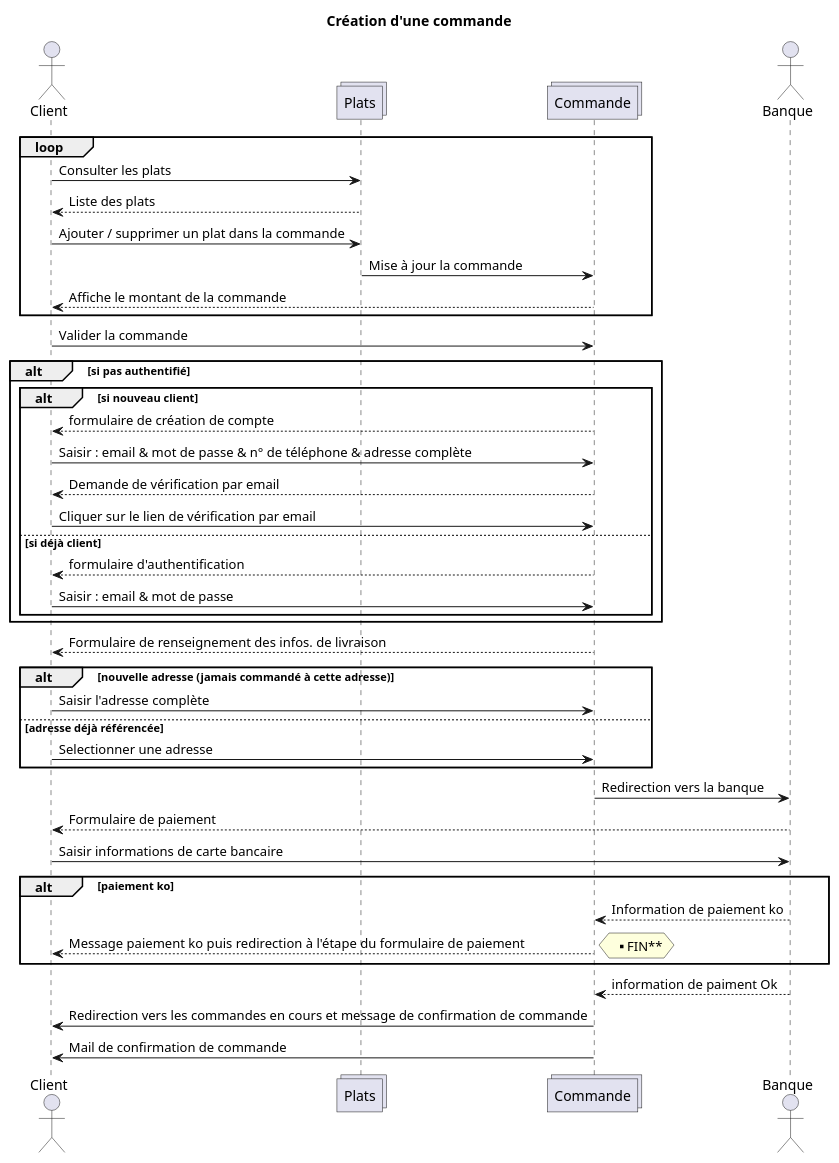
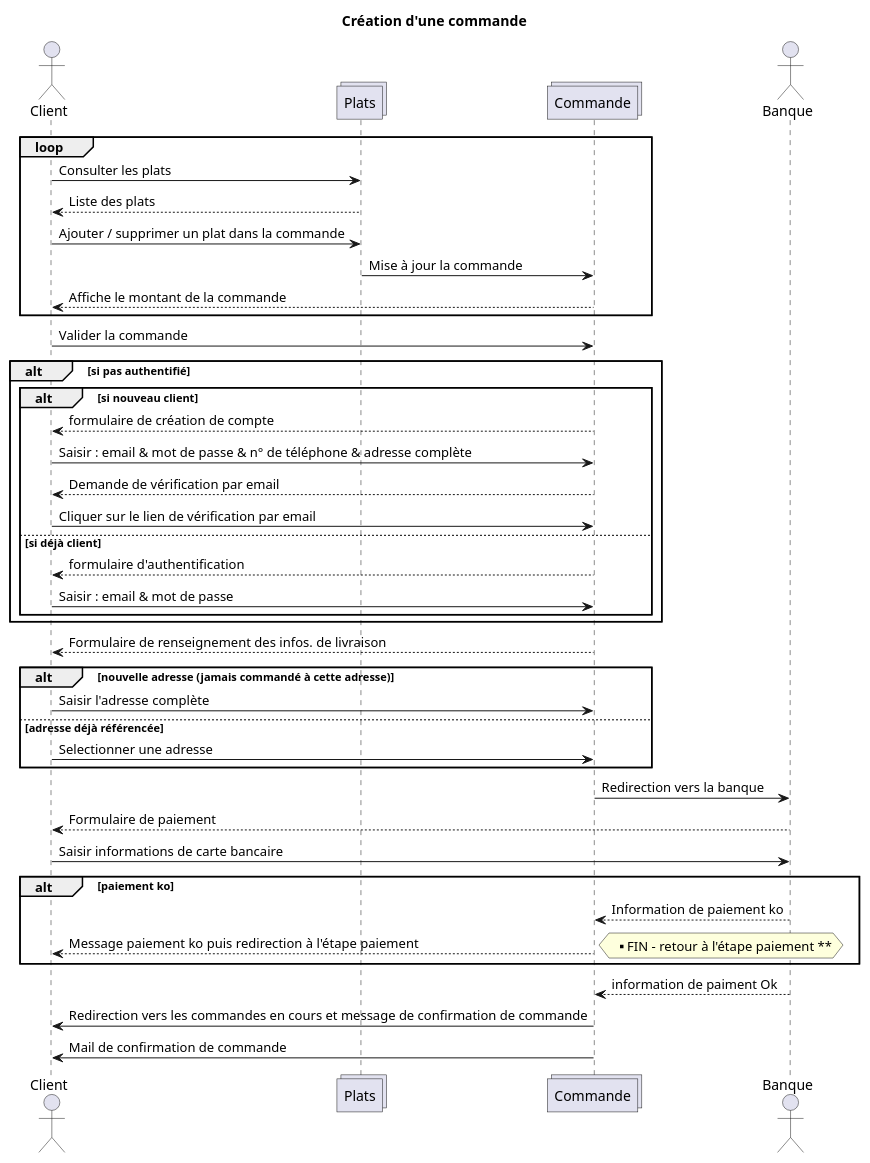
The diagram in uml/sequence-commande.plantuml (sjaulin/expressfood), drawn with PlantUML before and after one commit. The commit also changed 7 other files, not shown here.

Commit message:
update uml sequence

```diff
--- a/uml/sequence-commande.plantuml
+++ b/uml/sequence-commande.plantuml
@@ -1,43 +1,43 @@
 @startuml
 title Création d'une commande
 actor Client
 collections Plats 
 collections Commande
 actor Banque
 loop
 Client -> Plats : Consulter les plats
 Plats --> Client : Liste des plats
 Client -> Plats : Ajouter / supprimer un plat dans la commande
 Plats -> Commande : Mise à jour la commande
 Commande --> Client : Affiche le montant de la commande
 end
 Client -> Commande : Valider la commande
 alt si pas authentifié
     alt si nouveau client
     Commande --> Client : formulaire de création de compte
     Client -> Commande : Saisir : email & mot de passe & n° de téléphone & adresse complète
     Commande --> Client : Demande de vérification par email
     Client -> Commande : Cliquer sur le lien de vérification par email
     else si déjà client
     Commande --> Client : formulaire d'authentification
     Client -> Commande : Saisir : email & mot de passe
     end
 end
 Commande --> Client : Formulaire de renseignement des infos. de livraison
 alt nouvelle adresse (jamais commandé à cette adresse)
 Client -> Commande :  Saisir l'adresse complète
 else adresse déjà référencée
 Client -> Commande : Selectionner une adresse
 end
 Commande -> Banque : Redirection vers la banque
 Banque --> Client : Formulaire de paiement
 Client -> Banque : Saisir informations de carte bancaire
 alt paiement ko
 Banque --> Commande : Information de paiement ko
-Commande --> Client : Message paiement ko puis redirection à l'étape du formulaire de paiement
-hnote right : ** FIN**
+Commande --> Client : Message paiement ko puis redirection à l'étape paiement
+hnote right : ** FIN - retour à l'étape paiement **
 end
 Banque --> Commande : information de paiment Ok 
 Commande -> Client : Redirection vers les commandes en cours et message de confirmation de commande
 Commande -> Client : Mail de confirmation de commande
 @enduml
```
